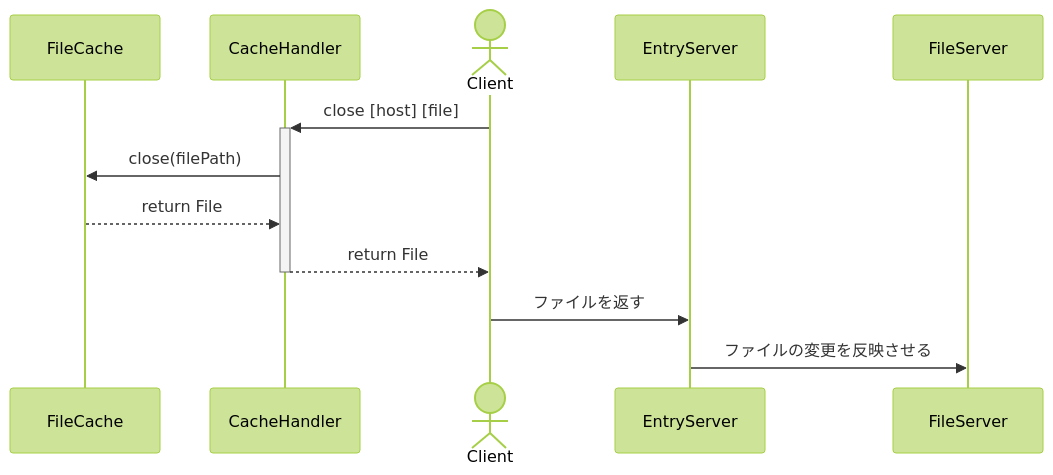
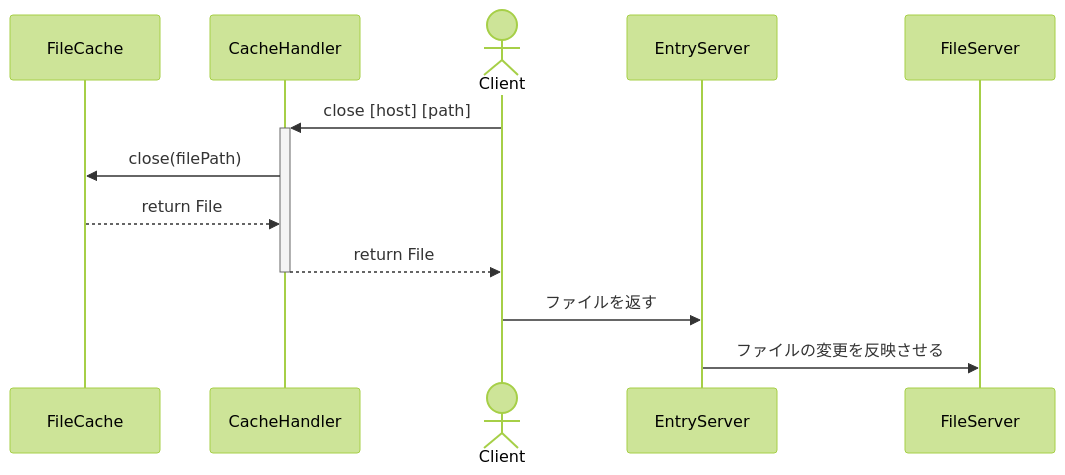
The second of 4 diagrams in design/sequence.md (kaitokimuraofficial/distributed-file-systems), drawn with Mermaid (forest theme) before and after one commit.

````diff
--- a/design/sequence.md
+++ b/design/sequence.md
@@ -20,16 +20,16 @@
 ```mermaid
 sequenceDiagram
 
   participant FC as FileCache
   participant CH as CacheHandler
   actor C as Client
   participant ES as EntryServer　
   participant FS as FileServer
 
-  C->>+CH: close [host] [file]
+  C->>+CH: close [host] [path]
   CH->>FC: close(filePath)
   FC-->>CH: return File
   CH-->>-C: return File
   C->>ES: ファイルを返す
   ES->>FS: ファイルの変更を反映させる
 ```
````
